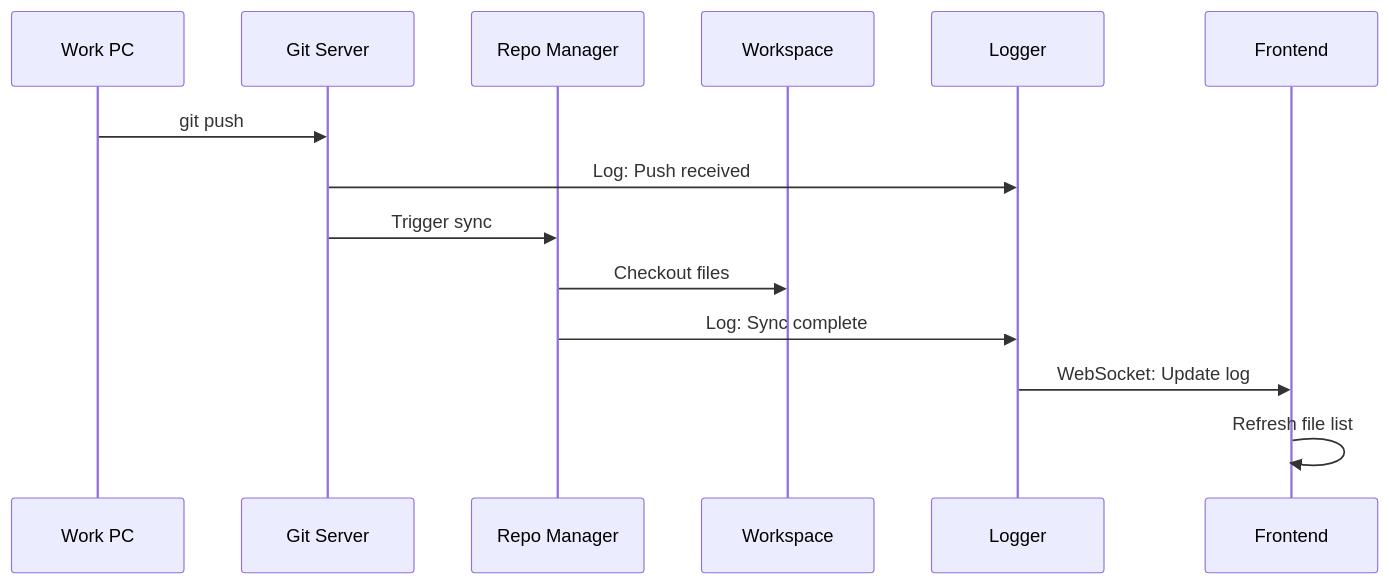
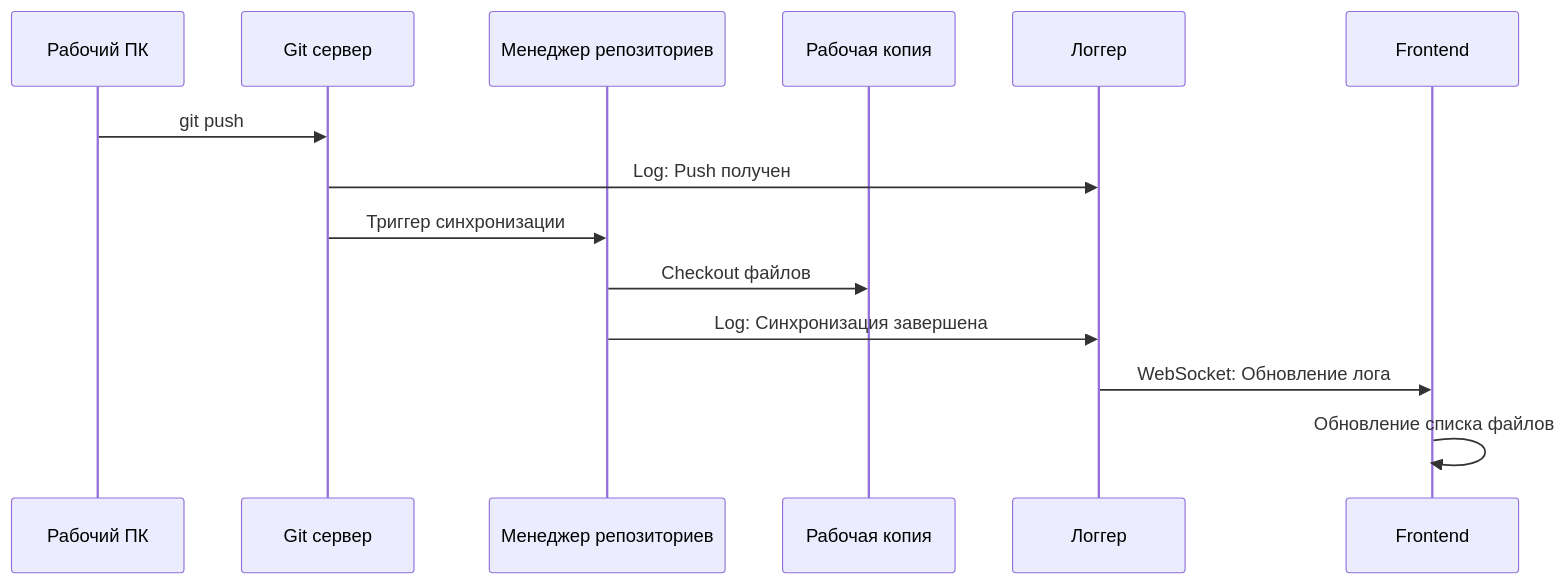
The second of 5 diagrams in docs/ARCHITECTURE.md (WhiteBite/LocalGitMirror), drawn with Mermaid before and after one commit. The commit also changed other lines of this file and 132 other files, not shown here.

````diff
--- a/docs/ARCHITECTURE.md
+++ b/docs/ARCHITECTURE.md
@@ -176,17 +176,17 @@
 ```mermaid
 sequenceDiagram
-    participant W as Work PC
-    participant G as Git Server
-    participant R as Repo Manager
-    participant WS as Workspace
-    participant L as Logger
+    participant W as Рабочий ПК
+    participant G as Git сервер
+    participant R as Менеджер репозиториев
+    participant WS as Рабочая копия
+    participant L as Логгер
     participant UI as Frontend
     
     W->>G: git push
-    G->>L: Log: Push received
-    G->>R: Trigger sync
-    R->>WS: Checkout files
-    R->>L: Log: Sync complete
-    L->>UI: WebSocket: Update log
-    UI->>UI: Refresh file list
+    G->>L: Log: Push получен
+    G->>R: Триггер синхронизации
+    R->>WS: Checkout файлов
+    R->>L: Log: Синхронизация завершена
+    L->>UI: WebSocket: Обновление лога
+    UI->>UI: Обновление списка файлов
 ```
````
